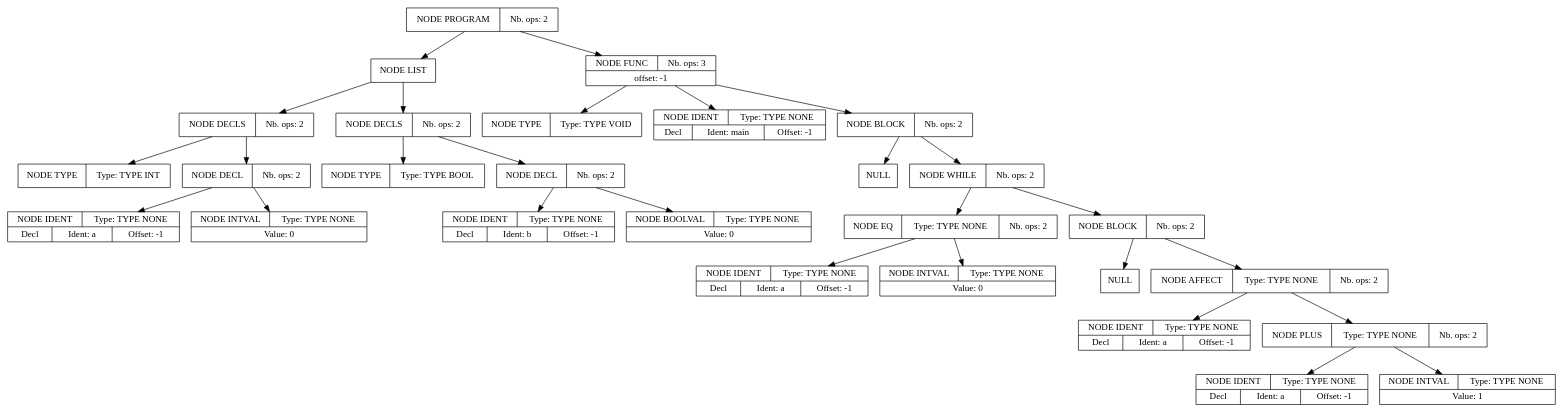
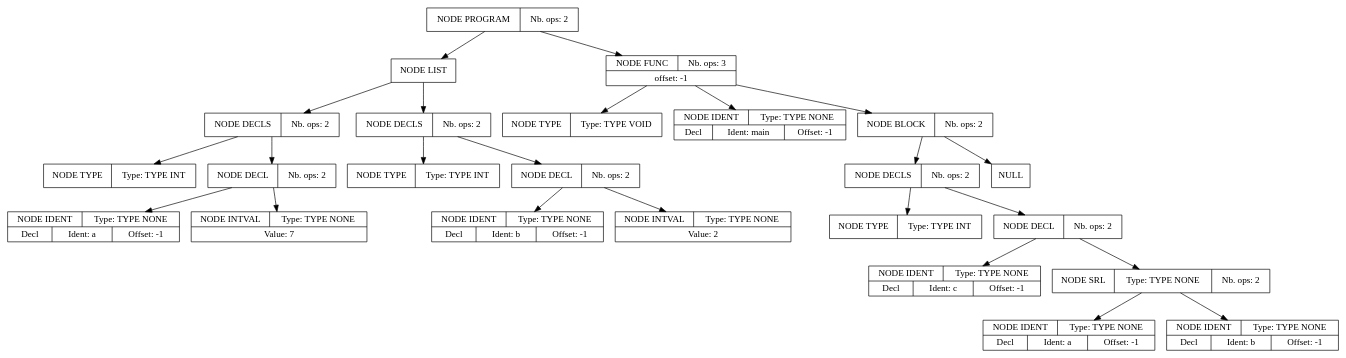
Before and after one commit to utrobert2/CompilateurCool: the diagram in apres_syntaxe.dot, drawn with Graphviz. The commit also changed 37 other files, not shown here.

```diff
--- a/apres_syntaxe.dot
+++ b/apres_syntaxe.dot
@@ -1,84 +1,72 @@
 digraph global_vars {
     N1 [shape=record, label="{{NODE PROGRAM|Nb. ops: 2}}"];
     N2 [shape=record, label="{{NODE LIST}}"];
     N3 [shape=record, label="{{NODE DECLS|Nb. ops: 2}}"];
     N4 [shape=record, label="{{NODE TYPE|Type: TYPE INT}}"];
     edge[tailclip=true];
     N3 -> N4
     N5 [shape=record, label="{{NODE DECL|Nb. ops: 2}}"];
     N6 [shape=record, label="{{NODE IDENT|Type: TYPE NONE}|{<decl>Decl      |Ident: a|Offset: -1}}"];
     edge[tailclip=true];
     N5 -> N6
-    N7 [shape=record, label="{{NODE INTVAL|Type: TYPE NONE}|{Value: 0}}"];
+    N7 [shape=record, label="{{NODE INTVAL|Type: TYPE NONE}|{Value: 7}}"];
     edge[tailclip=true];
     N5 -> N7
     edge[tailclip=true];
     N3 -> N5
     edge[tailclip=true];
     N2 -> N3
     N8 [shape=record, label="{{NODE DECLS|Nb. ops: 2}}"];
-    N9 [shape=record, label="{{NODE TYPE|Type: TYPE BOOL}}"];
+    N9 [shape=record, label="{{NODE TYPE|Type: TYPE INT}}"];
     edge[tailclip=true];
     N8 -> N9
     N10 [shape=record, label="{{NODE DECL|Nb. ops: 2}}"];
     N11 [shape=record, label="{{NODE IDENT|Type: TYPE NONE}|{<decl>Decl      |Ident: b|Offset: -1}}"];
     edge[tailclip=true];
     N10 -> N11
-    N12 [shape=record, label="{{NODE BOOLVAL|Type: TYPE NONE}|{Value: 0}}"];
+    N12 [shape=record, label="{{NODE INTVAL|Type: TYPE NONE}|{Value: 2}}"];
     edge[tailclip=true];
     N10 -> N12
     edge[tailclip=true];
     N8 -> N10
     edge[tailclip=true];
     N2 -> N8
     edge[tailclip=true];
     N1 -> N2
     N13 [shape=record, label="{{NODE FUNC|Nb. ops: 3}|{offset: -1}}"];
     N14 [shape=record, label="{{NODE TYPE|Type: TYPE VOID}}"];
     edge[tailclip=true];
     N13 -> N14
     N15 [shape=record, label="{{NODE IDENT|Type: TYPE NONE}|{<decl>Decl      |Ident: main|Offset: -1}}"];
     edge[tailclip=true];
     N13 -> N15
     N16 [shape=record, label="{{NODE BLOCK|Nb. ops: 2}}"];
-    N17 [shape=record, label="{{NULL}}"];
+    N17 [shape=record, label="{{NODE DECLS|Nb. ops: 2}}"];
+    N18 [shape=record, label="{{NODE TYPE|Type: TYPE INT}}"];
     edge[tailclip=true];
-    N16 -> N17
-    N18 [shape=record, label="{{NODE WHILE|Nb. ops: 2}}"];
-    N19 [shape=record, label="{{NODE EQ|Type: TYPE NONE|Nb. ops: 2}}"];
-    N20 [shape=record, label="{{NODE IDENT|Type: TYPE NONE}|{<decl>Decl      |Ident: a|Offset: -1}}"];
+    N17 -> N18
+    N19 [shape=record, label="{{NODE DECL|Nb. ops: 2}}"];
+    N20 [shape=record, label="{{NODE IDENT|Type: TYPE NONE}|{<decl>Decl      |Ident: c|Offset: -1}}"];
     edge[tailclip=true];
     N19 -> N20
-    N21 [shape=record, label="{{NODE INTVAL|Type: TYPE NONE}|{Value: 0}}"];
+    N21 [shape=record, label="{{NODE SRL|Type: TYPE NONE|Nb. ops: 2}}"];
+    N22 [shape=record, label="{{NODE IDENT|Type: TYPE NONE}|{<decl>Decl      |Ident: a|Offset: -1}}"];
+    edge[tailclip=true];
+    N21 -> N22
+    N23 [shape=record, label="{{NODE IDENT|Type: TYPE NONE}|{<decl>Decl      |Ident: b|Offset: -1}}"];
+    edge[tailclip=true];
+    N21 -> N23
     edge[tailclip=true];
     N19 -> N21
     edge[tailclip=true];
-    N18 -> N19
-    N22 [shape=record, label="{{NODE BLOCK|Nb. ops: 2}}"];
-    N23 [shape=record, label="{{NULL}}"];
+    N17 -> N19
     edge[tailclip=true];
-    N22 -> N23
-    N24 [shape=record, label="{{NODE AFFECT|Type: TYPE NONE|Nb. ops: 2}}"];
-    N25 [shape=record, label="{{NODE IDENT|Type: TYPE NONE}|{<decl>Decl      |Ident: a|Offset: -1}}"];
+    N16 -> N17
+    N24 [shape=record, label="{{NULL}}"];
     edge[tailclip=true];
-    N24 -> N25
-    N26 [shape=record, label="{{NODE PLUS|Type: TYPE NONE|Nb. ops: 2}}"];
-    N27 [shape=record, label="{{NODE IDENT|Type: TYPE NONE}|{<decl>Decl      |Ident: a|Offset: -1}}"];
-    edge[tailclip=true];
-    N26 -> N27
-    N28 [shape=record, label="{{NODE INTVAL|Type: TYPE NONE}|{Value: 1}}"];
-    edge[tailclip=true];
-    N26 -> N28
-    edge[tailclip=true];
-    N24 -> N26
-    edge[tailclip=true];
-    N22 -> N24
-    edge[tailclip=true];
-    N18 -> N22
-    edge[tailclip=true];
-    N16 -> N18
+    N16 -> N24
     edge[tailclip=true];
     N13 -> N16
     edge[tailclip=true];
     N1 -> N13
 }
```
